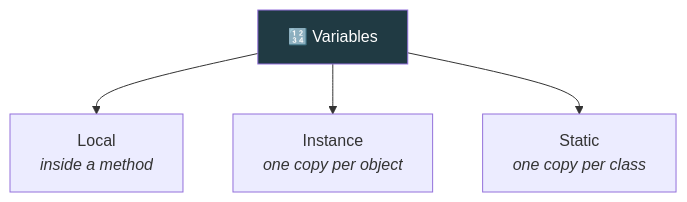
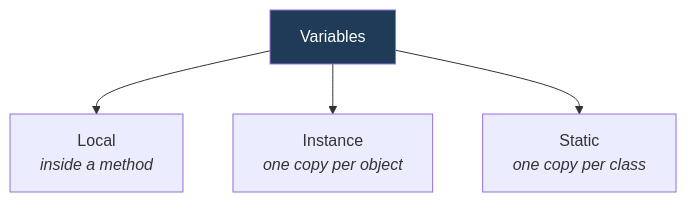
The second of 2 diagrams in src/Theory/02-Data-Types-and-Variables/01-Variables.md (kundankumarsharma56/Leaning-Java), drawn with Mermaid before and after one commit. The commit also changed other lines of this file and 84 other files, not shown here.

````diff
--- a/src/Theory/02-Data-Types-and-Variables/01-Variables.md
+++ b/src/Theory/02-Data-Types-and-Variables/01-Variables.md
@@ -54,7 +54,7 @@
 ```mermaid
 flowchart TD
-    V["🔢 Variables"] --> L["Local<br/><i>inside a method</i>"]
+    V["Variables"] --> L["Local<br/><i>inside a method</i>"]
     V --> I["Instance<br/><i>one copy per object</i>"]
     V --> S["Static<br/><i>one copy per class</i>"]
-    style V fill:#203a43,color:#fff
+    style V fill:#1f3b57,color:#fff
 ```
````
